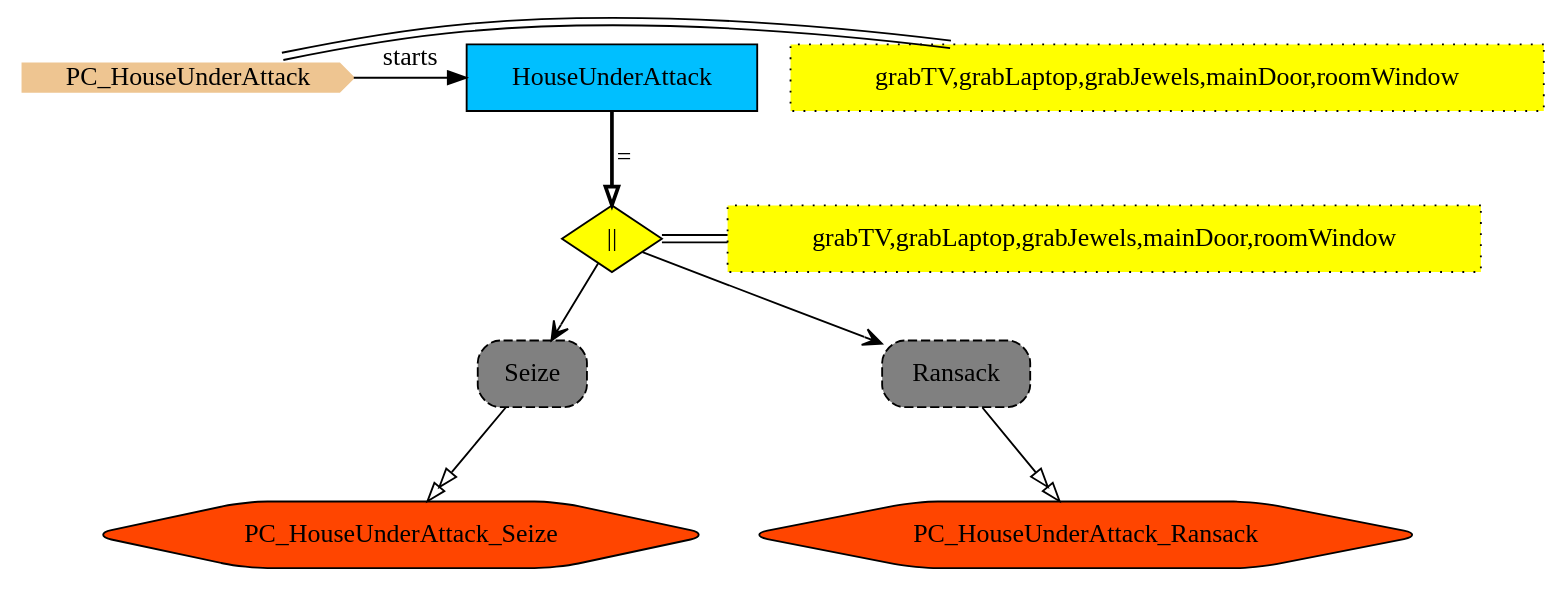
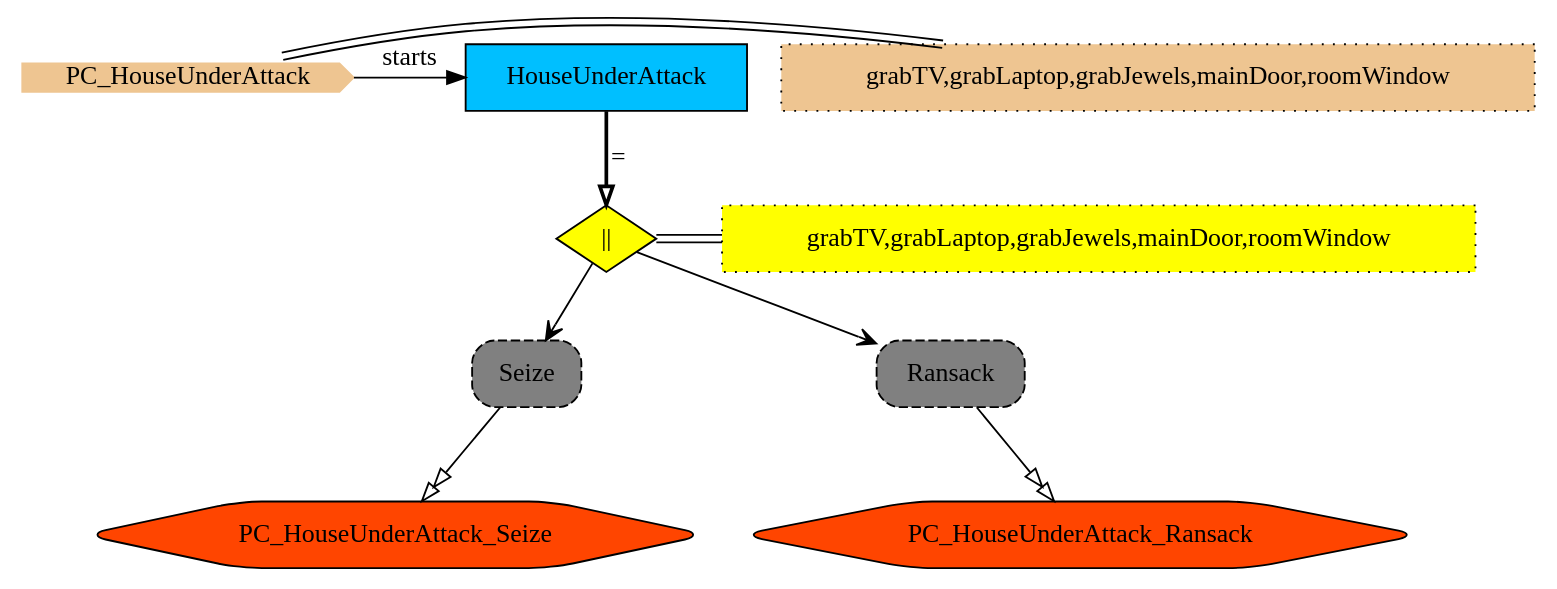
Before and after one commit to namalio/Fragmenta: the diagram in Haskell/PCs/Examples/img/PC_HouseUnderAttack.gv, drawn with Graphviz. The commit also changed 100 other files, not shown here.

```diff
--- a/Haskell/PCs/Examples/img/PC_HouseUnderAttack.gv
+++ b/Haskell/PCs/Examples/img/PC_HouseUnderAttack.gv
@@ -1,26 +1,26 @@
 digraph {
 
 StartN_ [shape = cds,color=burlywood2,style=filled,height=.2,width=.2, label =PC_HouseUnderAttack];
 
-StartN__bs[shape=rect,fillcolor=yellow,style="filled,dotted",label="grabTV,grabLaptop,grabJewels,mainDoor,roomWindow"];
-StartN_->StartN__bs [dir=none,color="black:invis:black"];
-{rank=same;StartN_,StartN__bs}
+StartN__ps[shape=rect,fillcolor=burlywood2,style="filled,dotted",label="grabTV,grabLaptop,grabJewels,mainDoor,roomWindow"];
+StartN_->StartN__ps [dir=none,color="black:invis:black"];
+{rank=same;StartN_,StartN__ps}
 OpHouseUnderAttack [shape=diamond,fillcolor=yellow,style=filled,label="||"];
 OpHouseUnderAttack_bs[shape=rect,fillcolor=yellow,style="filled,dotted",label="grabTV,grabLaptop,grabJewels,mainDoor,roomWindow"];
 OpHouseUnderAttack->OpHouseUnderAttack_bs [dir=none,color="black:invis:black"];
 {rank=same;OpHouseUnderAttack,OpHouseUnderAttack_bs}
 RansackI [shape=hexagon,fillcolor=orangered,style="filled,rounded",label =PC_HouseUnderAttack_Ransack];
 SeizeI [shape=hexagon,fillcolor=orangered,style="filled,rounded",label =PC_HouseUnderAttack_Seize];
 RefSeize [shape=rectangle,fillcolor=gray,style="rounded,filled,dashed",label="Seize "];
 RefRansack [shape=rectangle,fillcolor=gray,style="rounded,filled,dashed",label="Ransack "];
-HouseUnderAttack [shape=box,fillcolor=deepskyblue,style = filled,label="HouseUnderAttack "];
+HouseUnderAttack [shape=box,fillcolor=deepskyblue,style = filled,label="HouseUnderAttack"];
 
 {rank=same;HouseUnderAttack,StartN_}
 
 OpHouseUnderAttack->RefSeize[arrowhead="open"];
 OpHouseUnderAttack->RefRansack[arrowhead="open"];
 RefRansack->RansackI[arrowhead="normalnormal",fillcolor=white,label=" "];
 RefSeize->SeizeI[arrowhead="normalnormal",fillcolor=white,label=" "];
 HouseUnderAttack->OpHouseUnderAttack[arrowhead="onormal",penwidth=2,label="="];
 StartN_->HouseUnderAttack[label="starts"];
 }
```
